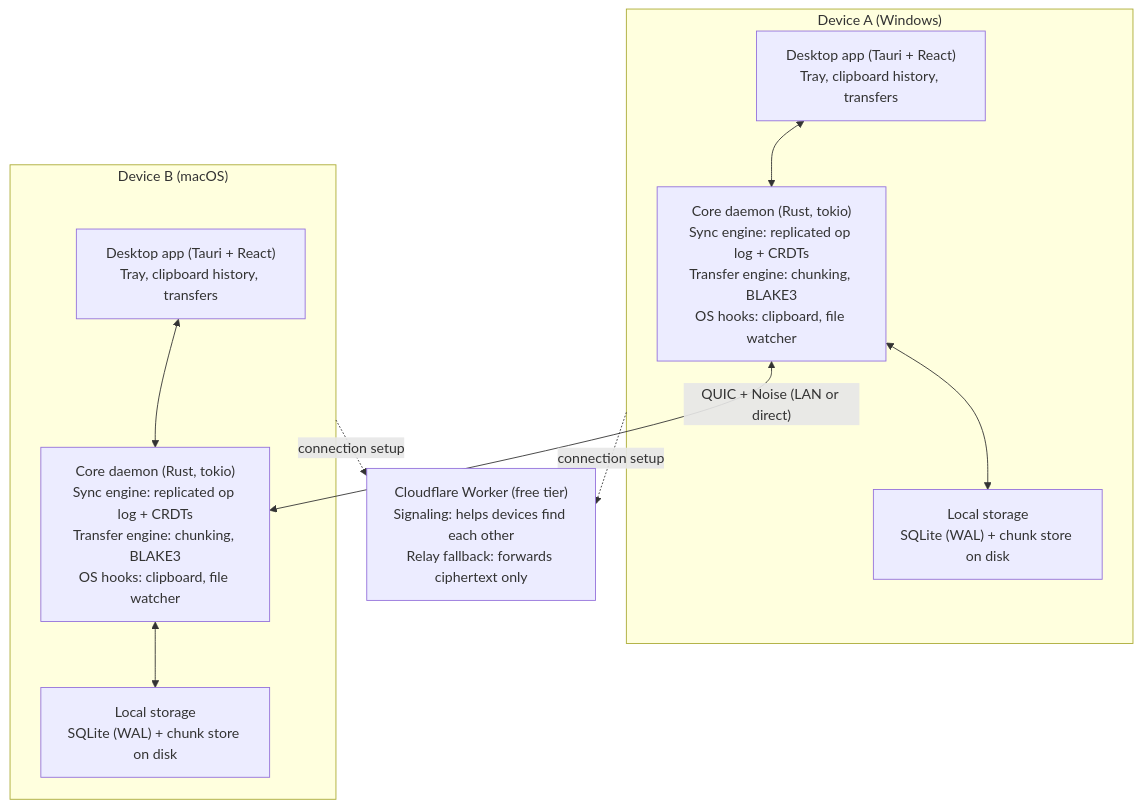
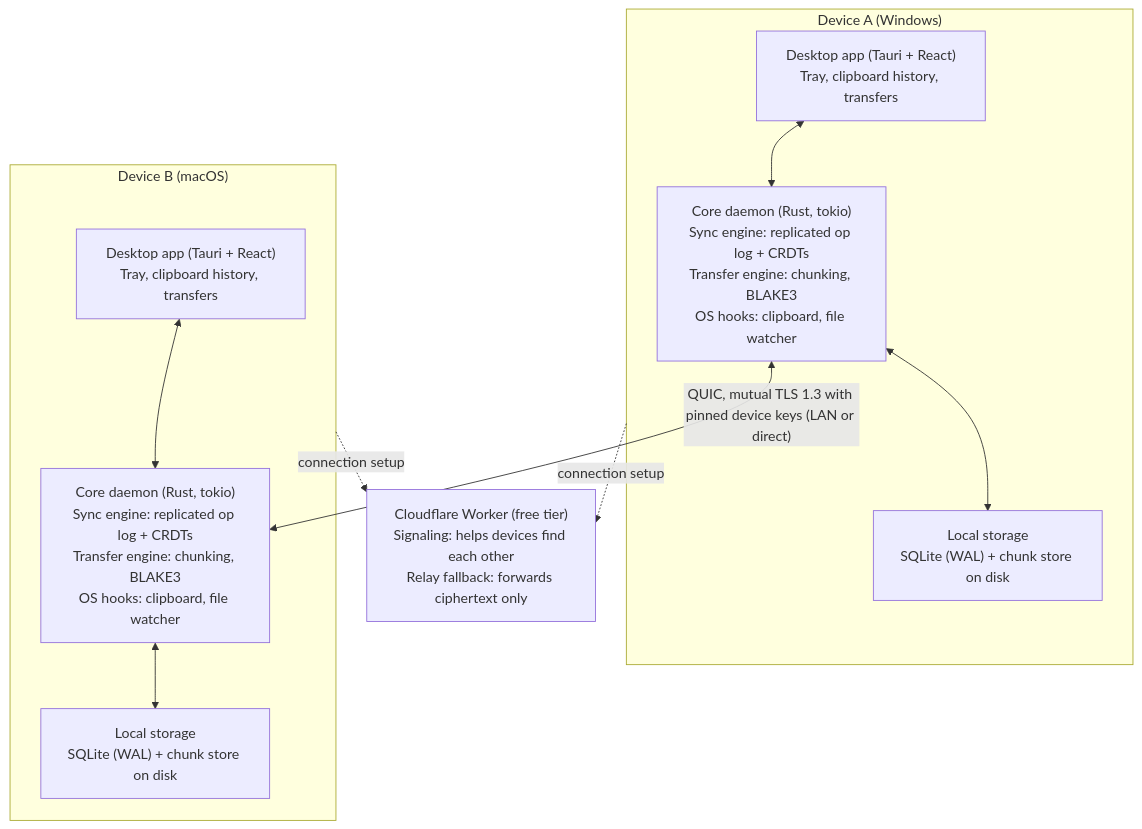
One commit to abdkhan-git/Tether changed the diagram in docs/DESIGN.md. Above: the diagram before and after it, drawn with Mermaid. The commit also changed other lines of this file and 34 other files, not shown here.

Commit message:
P0 security foundation: device keys, SPAKE2 pairing, pinned mutual TLS, signed ops with membership and revocation, limits, content policy

````diff
--- a/docs/DESIGN.md
+++ b/docs/DESIGN.md
@@ -80,19 +80,19 @@
 ```mermaid
 flowchart TB
     subgraph A["Device A (Windows)"]
         A_UI["Desktop app (Tauri + React)<br/>Tray, clipboard history, transfers"]
         A_CORE["Core daemon (Rust, tokio)<br/>Sync engine: replicated op log + CRDTs<br/>Transfer engine: chunking, BLAKE3<br/>OS hooks: clipboard, file watcher"]
         A_DB["Local storage<br/>SQLite (WAL) + chunk store on disk"]
         A_UI <--> A_CORE <--> A_DB
     end
     subgraph B["Device B (macOS)"]
         B_UI["Desktop app (Tauri + React)<br/>Tray, clipboard history, transfers"]
         B_CORE["Core daemon (Rust, tokio)<br/>Sync engine: replicated op log + CRDTs<br/>Transfer engine: chunking, BLAKE3<br/>OS hooks: clipboard, file watcher"]
         B_DB["Local storage<br/>SQLite (WAL) + chunk store on disk"]
         B_UI <--> B_CORE <--> B_DB
     end
-    A_CORE <-- "QUIC + Noise (LAN or direct)" --> B_CORE
+    A_CORE <-- "QUIC, mutual TLS 1.3 with pinned device keys (LAN or direct)" --> B_CORE
     CLOUD["Cloudflare Worker (free tier)<br/>Signaling: helps devices find each other<br/>Relay fallback: forwards ciphertext only"]
     A -. "connection setup" .-> CLOUD
     B -. "connection setup" .-> CLOUD
 ```
````
